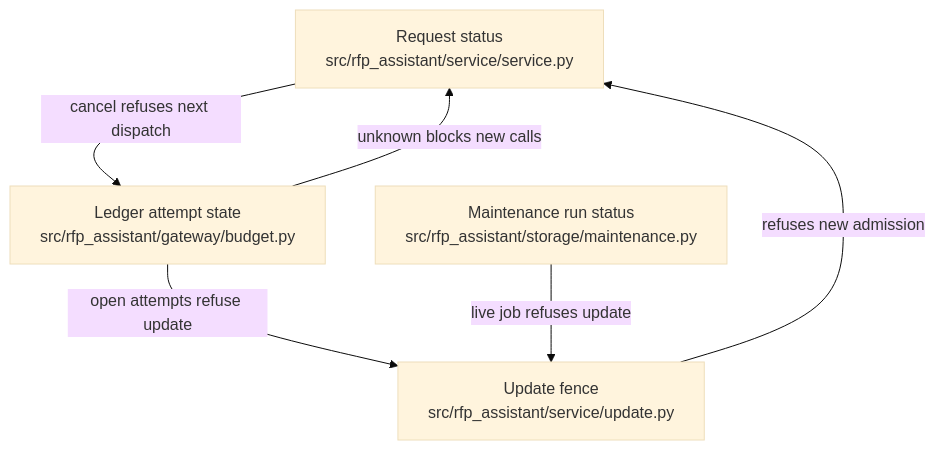
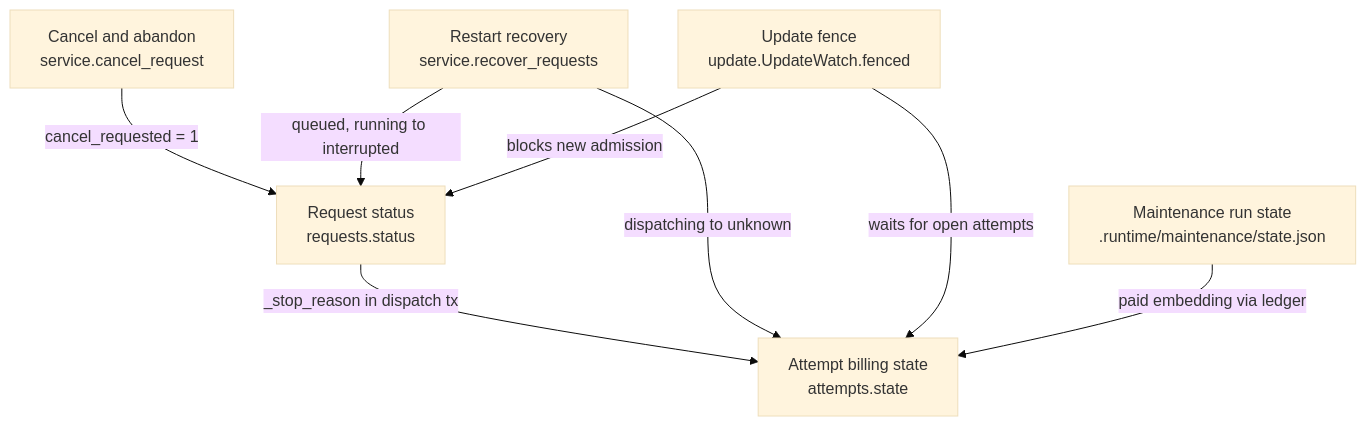
One commit to littleeeeebit/project-codeit-mid changed the diagram in .omm/state-transitions/diagram.mmd. Above: the diagram before and after it, drawn with Mermaid (base theme). The commit also changed 367 other files, not shown here.

```diff
--- a/.omm/state-transitions/diagram.mmd
+++ b/.omm/state-transitions/diagram.mmd
@@ -1,10 +1,8 @@
 graph TD
-  request-status["Request status\nsrc/rfp_assistant/service/service.py"]
-  attempt-state["Ledger attempt state\nsrc/rfp_assistant/gateway/budget.py"]
-  maintenance-run-status["Maintenance run status\nsrc/rfp_assistant/storage/maintenance.py"]
-  update-fence["Update fence\nsrc/rfp_assistant/service/update.py"]
-  request-status -->|cancel refuses next dispatch| attempt-state
-  attempt-state -->|unknown blocks new calls| request-status
-  update-fence -->|refuses new admission| request-status
-  attempt-state -->|open attempts refuse update| update-fence
-  maintenance-run-status -->|live job refuses update| update-fence
+  cancel-and-abandon["Cancel and abandon\nservice.cancel_request"] -->|"cancel_requested = 1"| request-status["Request status\nrequests.status"]
+  request-status -->|"_stop_reason in dispatch tx"| attempt-billing["Attempt billing state\nattempts.state"]
+  restart-recovery["Restart recovery\nservice.recover_requests"] -->|"queued, running to interrupted"| request-status
+  restart-recovery -->|"dispatching to unknown"| attempt-billing
+  update-fence["Update fence\nupdate.UpdateWatch.fenced"] -->|"blocks new admission"| request-status
+  update-fence -->|"waits for open attempts"| attempt-billing
+  maintenance-run["Maintenance run state\n.runtime/maintenance/state.json"] -->|"paid embedding via ledger"| attempt-billing
```
